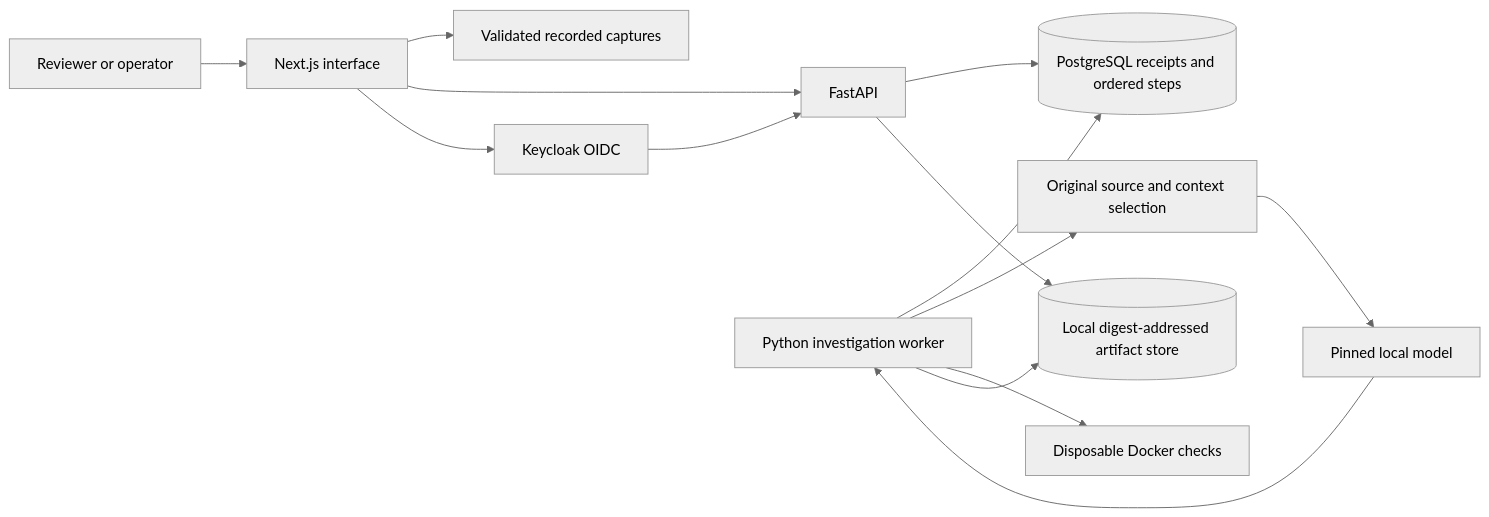
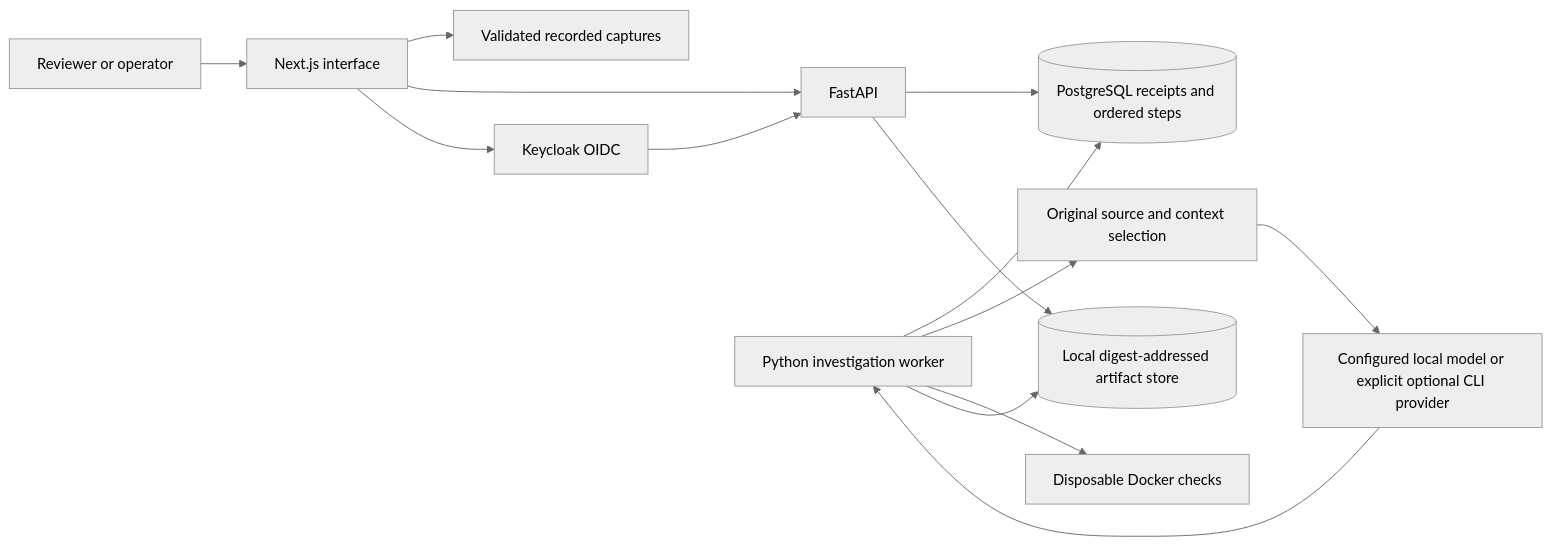
One commit to Gaurav711cgu/kairos-agents changed the diagram in README.md. Above: the diagram before and after it, drawn with Mermaid (neutral theme). The commit also changed other lines of this file and 56 other files, not shown here.

````diff
--- a/README.md
+++ b/README.md
@@ -106,16 +116,16 @@
 ```mermaid
 flowchart LR
     Visitor[Reviewer or operator] --> Web[Next.js interface]
     Web --> Saved[Validated recorded captures]
     Web --> API[FastAPI]
     Web --> Identity[Keycloak OIDC]
     Identity --> API
     API --> DB[(PostgreSQL receipts and ordered steps)]
     Worker[Python investigation worker] --> DB
     Worker --> Context[Original source and context selection]
-    Context --> Model[Pinned local model]
+    Context --> Model[Configured local model or explicit optional CLI provider]
     Model --> Worker
     Worker --> Verify[Disposable Docker checks]
     Worker --> Blobs[(Local digest-addressed artifact store)]
     API --> Blobs
 ```
````
